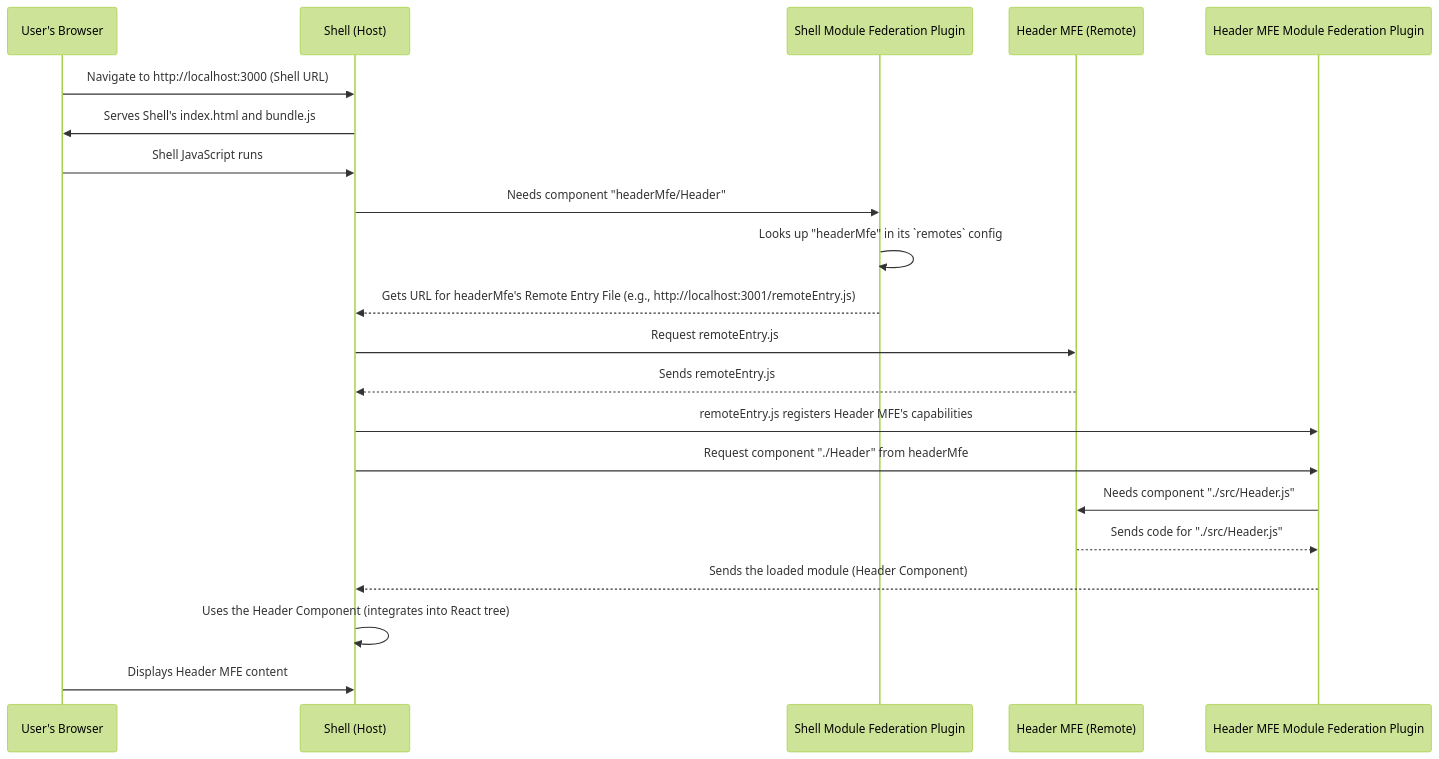
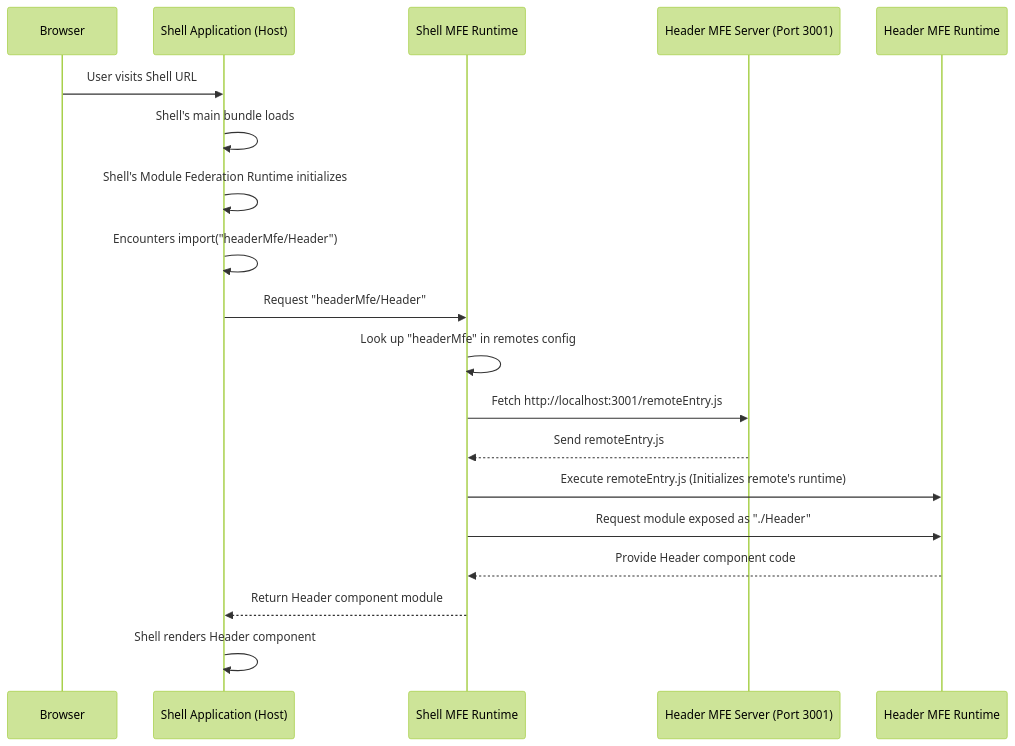
One commit to yogain123/mfe-project changed the diagram in docs/03_webpack_module_federation_.md. Above: the diagram before and after it, drawn with Mermaid (forest theme). The commit also changed other lines of this file and 17 other files, not shown here.

````diff
--- a/docs/03_webpack_module_federation_.md
+++ b/docs/03_webpack_module_federation_.md
@@ -39,24 +112,22 @@
 ```mermaid
 sequenceDiagram
-    participant User as User's Browser
-    participant Shell as Shell (Host)
-    participant ShellMF as Shell Module Federation Plugin
-    participant HeaderMFE as Header MFE (Remote)
-    participant HeaderMF as Header MFE Module Federation Plugin
+  participant Browser
+  participant Shell_App as Shell Application (Host)
+  participant Shell_MF_Runtime as Shell MFE Runtime
+  participant Header_MFE_Server as Header MFE Server (Port 3001)
+  participant Header_MF_Runtime as Header MFE Runtime
 
-    User->>Shell: Navigate to http://localhost:3000 (Shell URL)
-    Shell->>User: Serves Shell's index.html and bundle.js
-    User->>Shell: Shell JavaScript runs
-    Shell->>ShellMF: Needs component "headerMfe/Header"
-    ShellMF->>ShellMF: Looks up "headerMfe" in its `remotes` config
-    ShellMF-->>Shell: Gets URL for headerMfe's Remote Entry File (e.g., http://localhost:3001/remoteEntry.js)
-    Shell->>HeaderMFE: Request remoteEntry.js
-    HeaderMFE-->>Shell: Sends remoteEntry.js
-    Shell->>HeaderMF: remoteEntry.js registers Header MFE's capabilities
-    Shell->>HeaderMF: Request component "./Header" from headerMfe
-    HeaderMF->>HeaderMFE: Needs component "./src/Header.js"
-    HeaderMFE-->>HeaderMF: Sends code for "./src/Header.js"
-    HeaderMF-->>Shell: Sends the loaded module (Header Component)
-    Shell->>Shell: Uses the Header Component (integrates into React tree)
-    User->>Shell: Displays Header MFE content
+  Browser->>Shell_App: User visits Shell URL
+  Shell_App->>Shell_App: Shell's main bundle loads
+  Shell_App->>Shell_App: Shell's Module Federation Runtime initializes
+  Shell_App->>Shell_App: Encounters import("headerMfe/Header")
+  Shell_App->>Shell_MF_Runtime: Request "headerMfe/Header"
+  Shell_MF_Runtime->>Shell_MF_Runtime: Look up "headerMfe" in remotes config
+  Shell_MF_Runtime->>Header_MFE_Server: Fetch http://localhost:3001/remoteEntry.js
+  Header_MFE_Server-->>Shell_MF_Runtime: Send remoteEntry.js
+  Shell_MF_Runtime->>Header_MF_Runtime: Execute remoteEntry.js (Initializes remote's runtime)
+  Shell_MF_Runtime->>Header_MF_Runtime: Request module exposed as "./Header"
+  Header_MF_Runtime-->>Shell_MF_Runtime: Provide Header component code
+  Shell_MF_Runtime-->>Shell_App: Return Header component module
+  Shell_App->>Shell_App: Shell renders Header component
 ```
````
